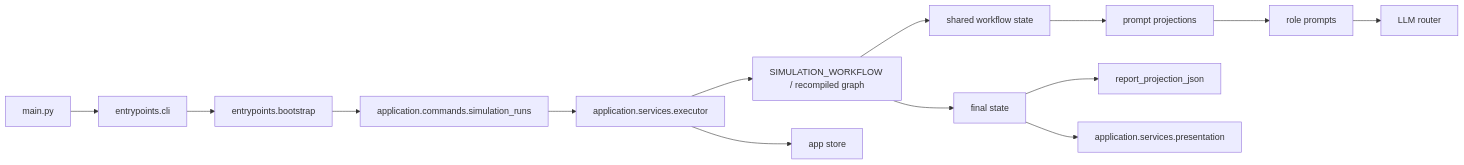
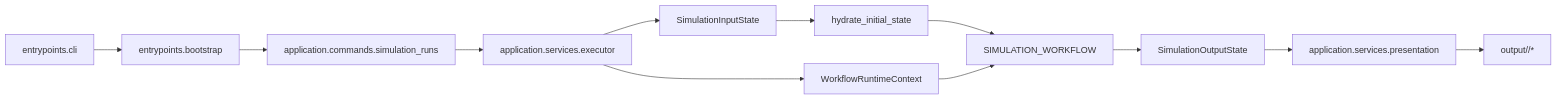
The diagram in docs/architecture.md (keonho-kim/simula), drawn with Mermaid before and after one commit. The commit also changed other lines of this file and 98 other files, not shown here.

````diff
--- a/docs/architecture.md
+++ b/docs/architecture.md
@@ -20,16 +20,14 @@
 ```mermaid
 flowchart LR
-    Main["main.py"] --> CLI["entrypoints.cli"]
-    CLI --> Bootstrap["entrypoints.bootstrap"]
-    Bootstrap --> Commands["application.commands.simulation_runs"]
-    Commands --> Executor["application.services.executor"]
-    Executor --> Workflow["SIMULATION_WORKFLOW / recompiled graph"]
-    Executor --> Store["app store"]
-    Workflow --> State["shared workflow state"]
-    State --> PromptViews["prompt projections"]
-    PromptViews --> RolePrompts["role prompts"]
-    RolePrompts --> Router["LLM router"]
-    Workflow --> FinalState["final state"]
-    FinalState --> ReportProjection["report_projection_json"]
-    FinalState --> Presentation["application.services.presentation"]
+    CLI["entrypoints.cli"] --> Bootstrap["entrypoints.bootstrap"]
+    Bootstrap --> Command["application.commands.simulation_runs"]
+    Command --> Executor["application.services.executor"]
+    Executor --> Input["SimulationInputState"]
+    Input --> Hydrate["hydrate_initial_state"]
+    Hydrate --> Workflow["SIMULATION_WORKFLOW"]
+    Executor --> Context["WorkflowRuntimeContext"]
+    Context --> Workflow
+    Workflow --> Output["SimulationOutputState"]
+    Output --> Presentation["application.services.presentation"]
+    Presentation --> Files["output/<run_id>/*"]
 ```
````
